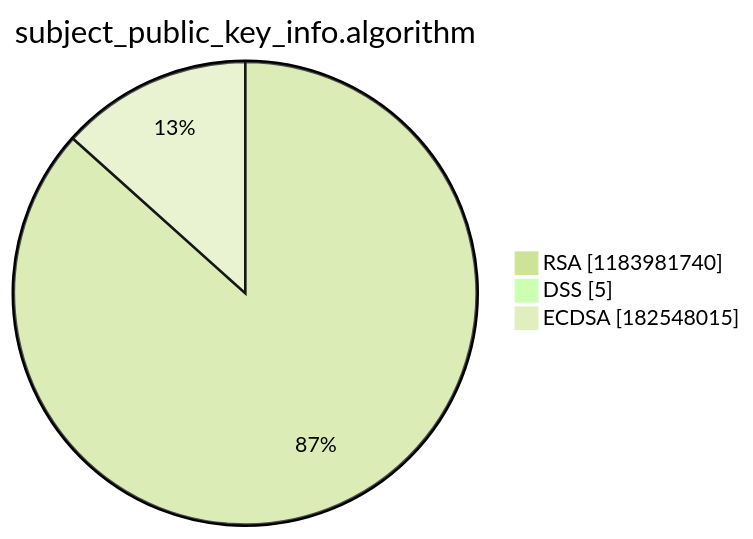
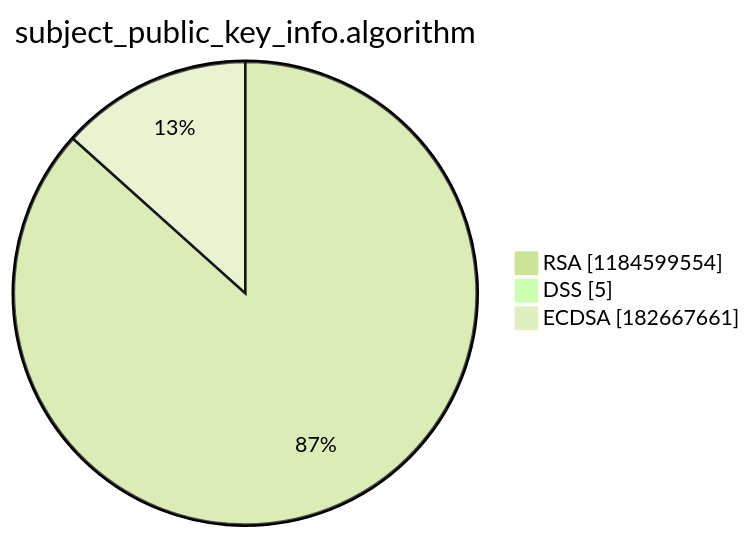
Before and after one commit to christiankrug/ctmonitor_visualization: the third of 15 diagrams in argon2022/README.md, drawn with Mermaid (forest theme). The commit also changed other lines of this file, not shown here.

````diff
--- a/argon2022/README.md
+++ b/argon2022/README.md
@@ -14,7 +14,7 @@
 ```mermaid
 pie showData
 title subject_public_key_info.algorithm
-"RSA" :1183981740
+"RSA" :1184599554
 "DSS" :5
-"ECDSA" :182548015
+"ECDSA" :182667661
 ```
````
